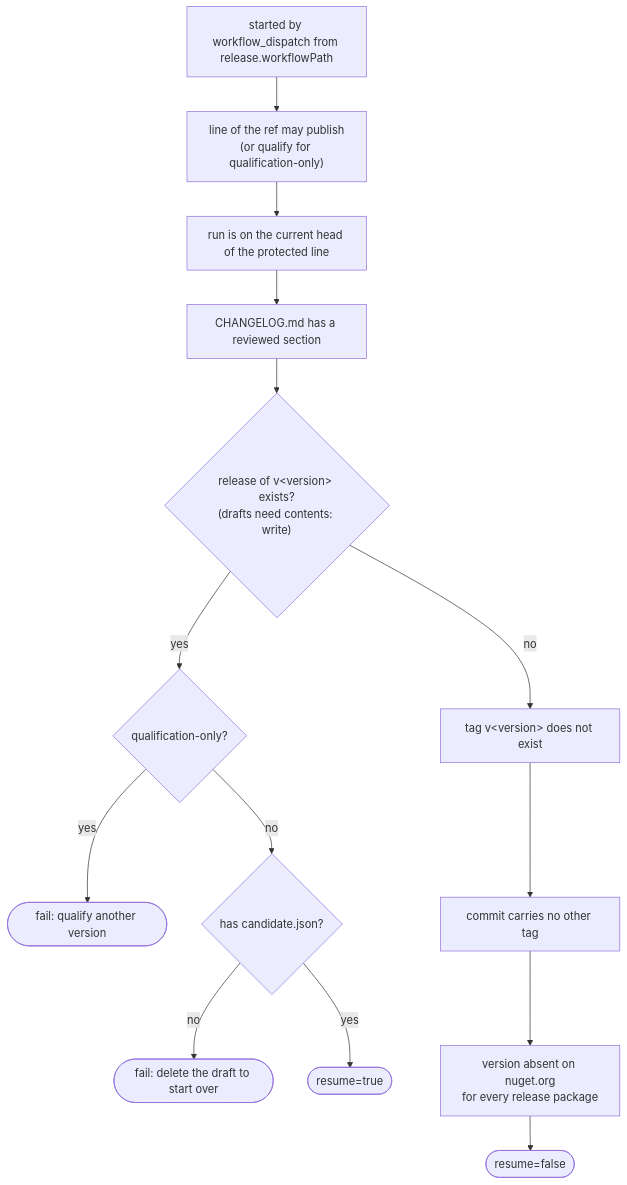
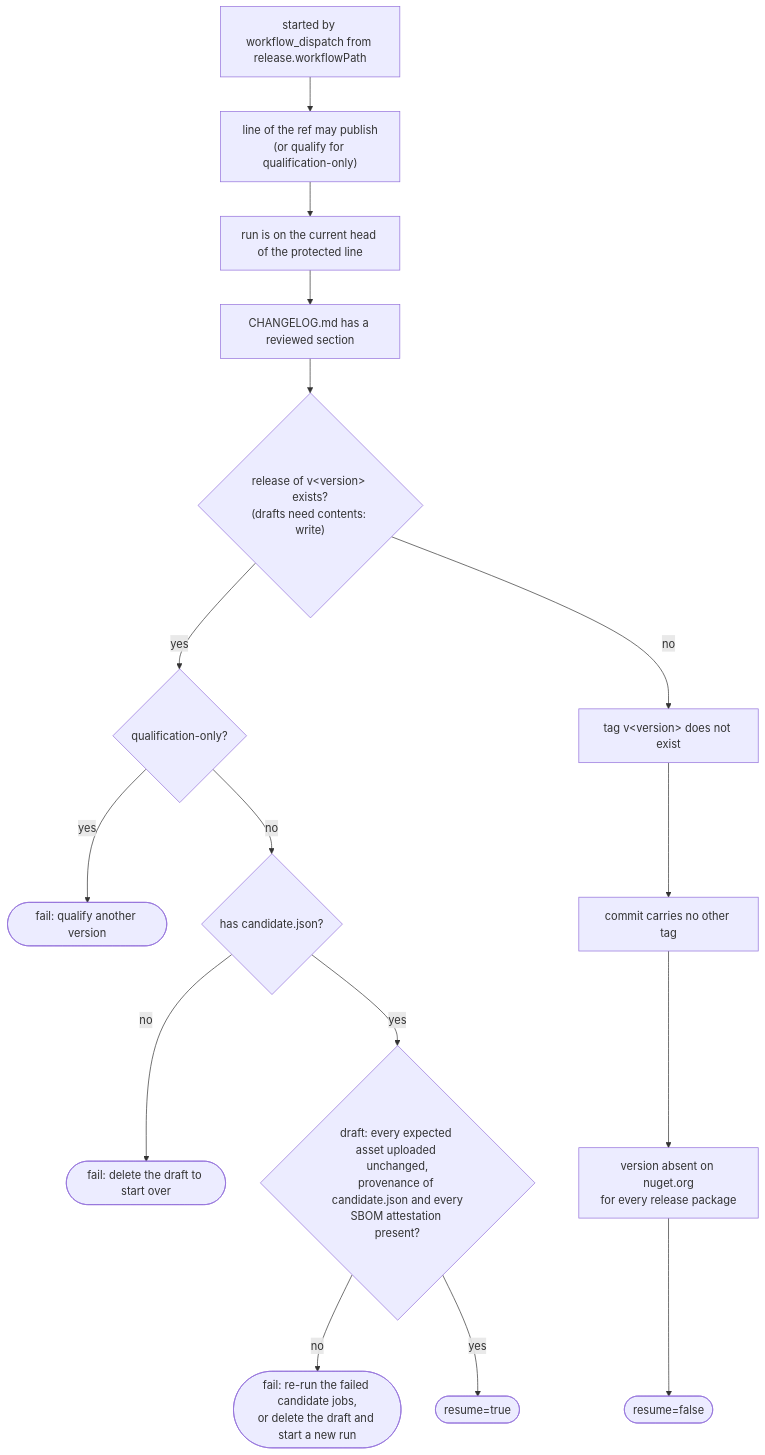
Before and after one commit to doka-labs/workflows: the tenth of 19 diagrams in docs/overview.md, drawn with Mermaid. The commit also changed other lines of this file and 8 other files, not shown here.

First line of the commit message:
fix(workflows): first publication, draft resume and symbol retries

````diff
--- a/docs/overview.md
+++ b/docs/overview.md
@@ -267,12 +267,14 @@
 ```mermaid
 flowchart TB
   p1["started by workflow_dispatch from release.workflowPath"] --> p2["line of the ref may publish<br/>(or qualify for qualification-only)"]
   p2 --> p3["run is on the current head of the protected line"] --> p4["CHANGELOG.md has a reviewed section"]
   p4 --> r{"release of v&lt;version&gt; exists?<br/>(drafts need contents: write)"}
   r -- yes --> r1{"qualification-only?"}
   r1 -- yes --> f1(["fail: qualify another version"])
   r1 -- no --> r2{"has candidate.json?"}
   r2 -- no --> f2(["fail: delete the draft to start over"])
-  r2 -- yes --> out1(["resume=true"])
+  r2 -- yes --> r3{"draft: every expected asset uploaded unchanged,<br/>provenance of candidate.json and every<br/>SBOM attestation present?"}
+  r3 -- no --> f3(["fail: re-run the failed candidate jobs,<br/>or delete the draft and start a new run"])
+  r3 -- yes --> out1(["resume=true"])
   r -- no --> t1["tag v&lt;version&gt; does not exist"] --> t2["commit carries no other tag"] --> t3["version absent on nuget.org<br/>for every release package"] --> out2(["resume=false"])
 ```
````
